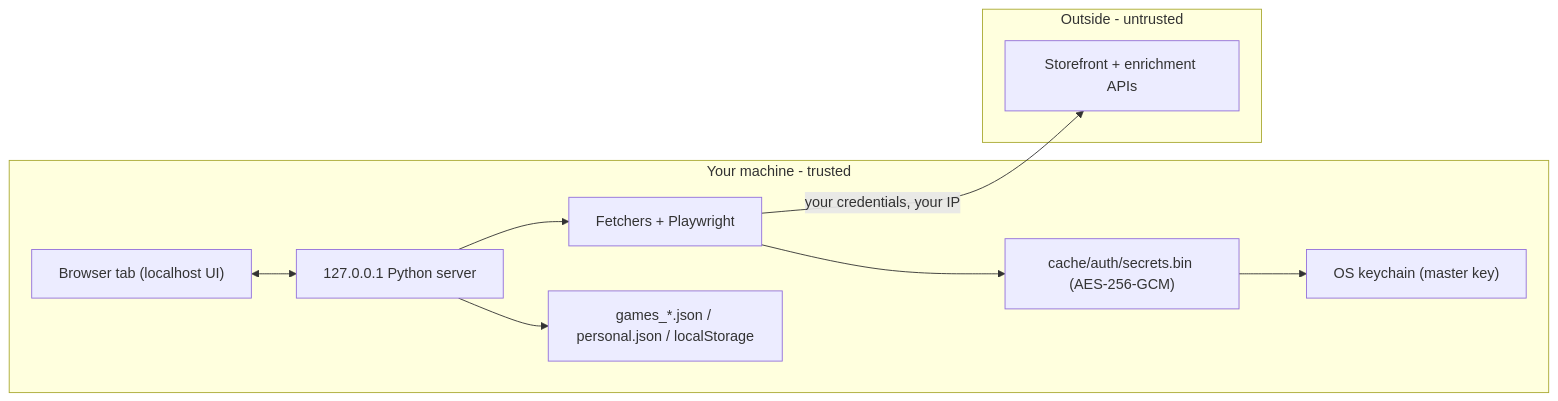
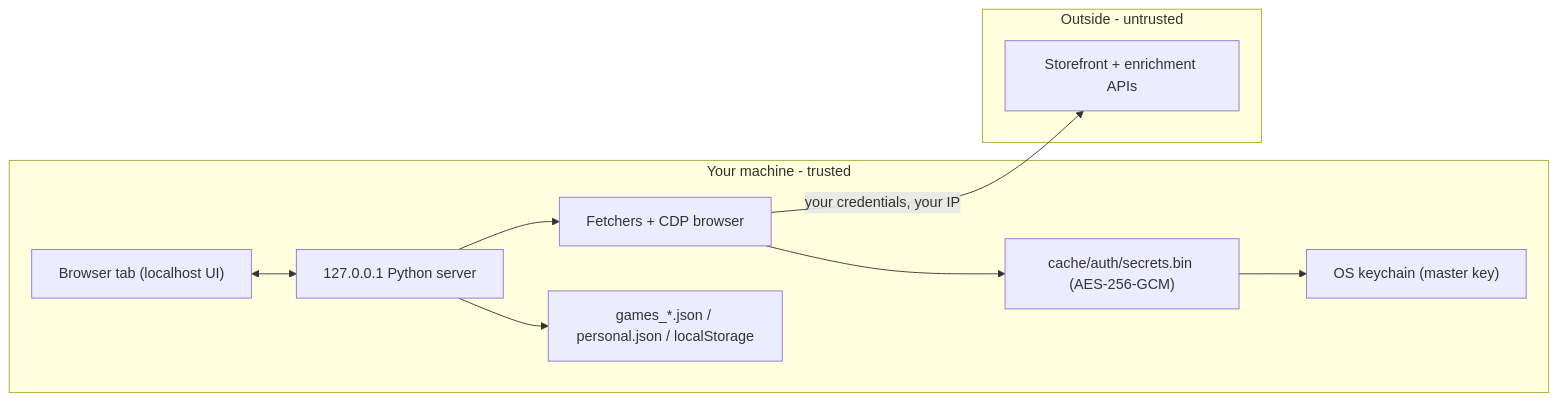
Before and after one commit to Ogrods/BAKLOG: the diagram in SECURITY.md, drawn with Mermaid. The commit also changed other lines of this file and 28 other files, not shown here.

````diff
--- a/SECURITY.md
+++ b/SECURITY.md
@@ -27,20 +27,20 @@
 ```mermaid
 flowchart LR
   subgraph machine [Your machine - trusted]
     browser["Browser tab (localhost UI)"]
     server["127.0.0.1 Python server"]
-    fetchers["Fetchers + Playwright"]
+    fetchers["Fetchers + CDP browser"]
     secrets["cache/auth/secrets.bin (AES-256-GCM)"]
     keychain["OS keychain (master key)"]
     data["games_*.json / personal.json / localStorage"]
     browser <--> server
     server --> fetchers
     fetchers --> secrets
     secrets --> keychain
     server --> data
   end
   subgraph outside [Outside - untrusted]
     stores["Storefront + enrichment APIs"]
   end
   fetchers -->|"your credentials, your IP"| stores
 ```
````
